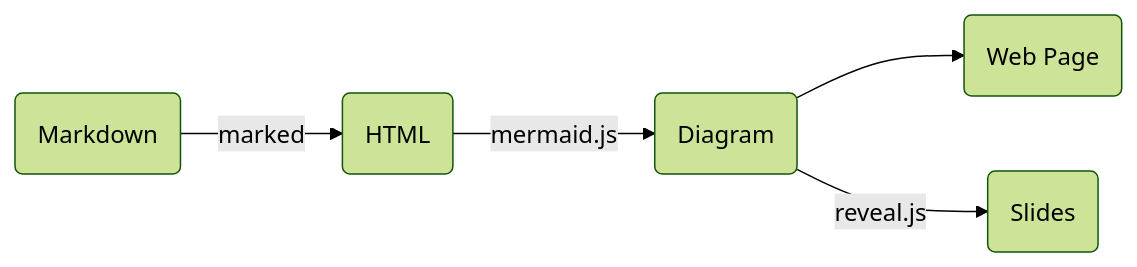
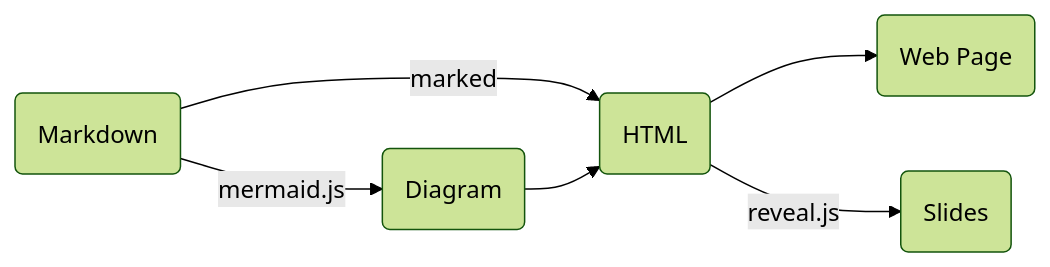
Before and after one commit to lzztt/onenow: the diagram in frontend/public/doc/README.md, drawn with Mermaid (forest theme).

Commit message:
Update workflow diagram

````diff
--- a/frontend/public/doc/README.md
+++ b/frontend/public/doc/README.md
@@ -8,7 +8,8 @@
 ```mermaid
 flowchart LR
-    A(Markdown) -->|marked| B(HTML)
-    B -->|mermaid.js| C(Diagram)
+    A(Markdown) -->|marked| C(HTML)
+    A -->|mermaid.js| B(Diagram)
+    B --> C
     C --> D(Web Page)
     C -->|reveal.js| E(Slides)
 ```
````
